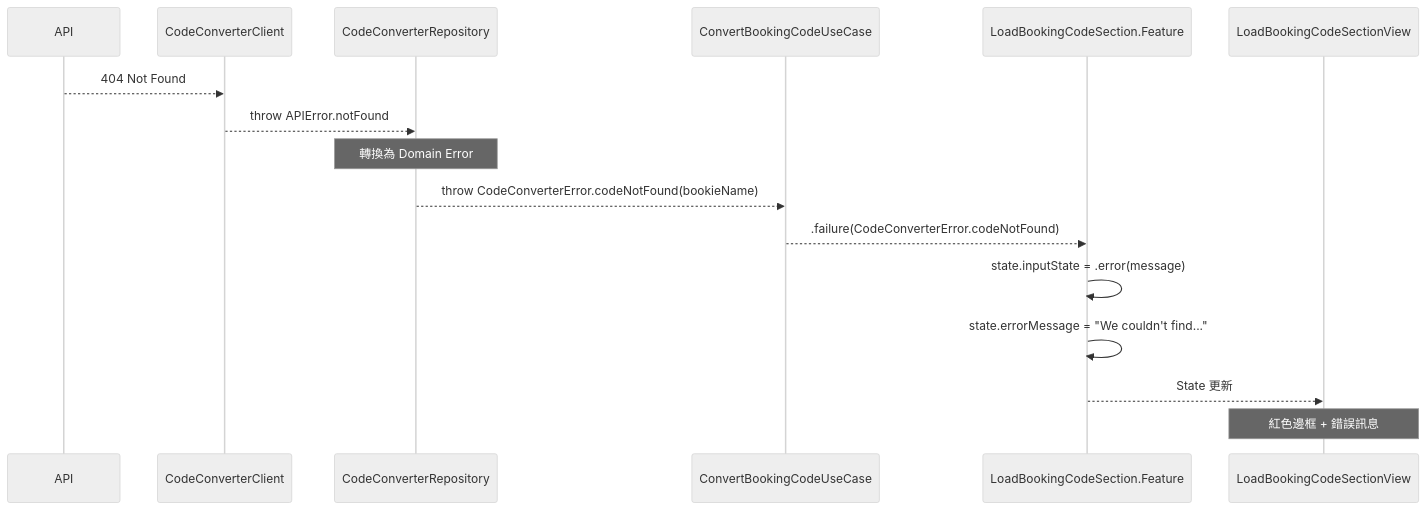
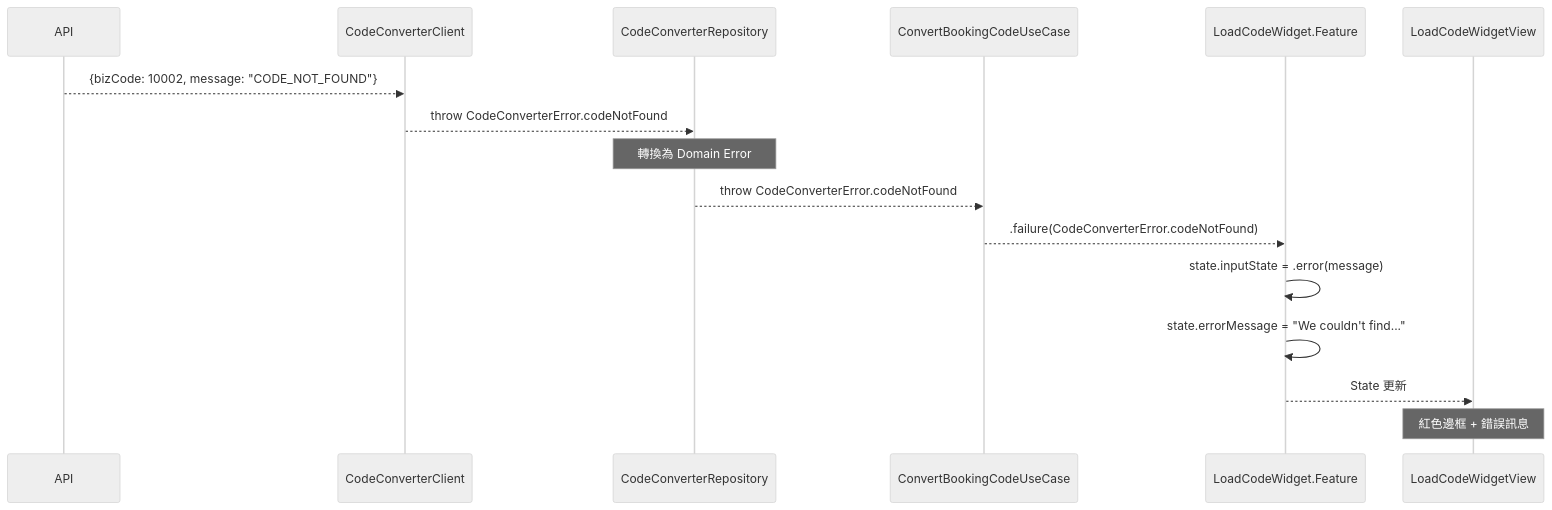
The first of 3 diagrams in TDD/09_Error Handling/01_error_handling.md (HsinChungHan/Code_Converter_TDD), drawn with Mermaid (neutral theme) before and after one commit. The commit also changed other lines of this file and 7 other files, not shown here.

````diff
--- a/TDD/09_Error Handling/01_error_handling.md
+++ b/TDD/09_Error Handling/01_error_handling.md
@@ -67,24 +98,24 @@
 ```mermaid
 sequenceDiagram
     participant API as API
     participant Client as CodeConverterClient
     participant Repo as CodeConverterRepository
     participant UC as ConvertBookingCodeUseCase
-    participant Feature as LoadBookingCodeSection.Feature
-    participant UI as LoadBookingCodeSectionView
+    participant Feature as LoadCodeWidget.Feature
+    participant UI as LoadCodeWidgetView
 
-    API-->>Client: 404 Not Found
-    Client-->>Repo: throw APIError.notFound
+    API-->>Client: {bizCode: 10002, message: "CODE_NOT_FOUND"}
+    Client-->>Repo: throw CodeConverterError.codeNotFound
     
     Note over Repo: 轉換為 Domain Error
-    Repo-->>UC: throw CodeConverterError.codeNotFound(bookieName)
+    Repo-->>UC: throw CodeConverterError.codeNotFound
     
     UC-->>Feature: .failure(CodeConverterError.codeNotFound)
     
     Feature->>Feature: state.inputState = .error(message)
     Feature->>Feature: state.errorMessage = "We couldn't find..."
     
     Feature-->>UI: State 更新
     
     Note over UI: 紅色邊框 + 錯誤訊息
 ```
````
